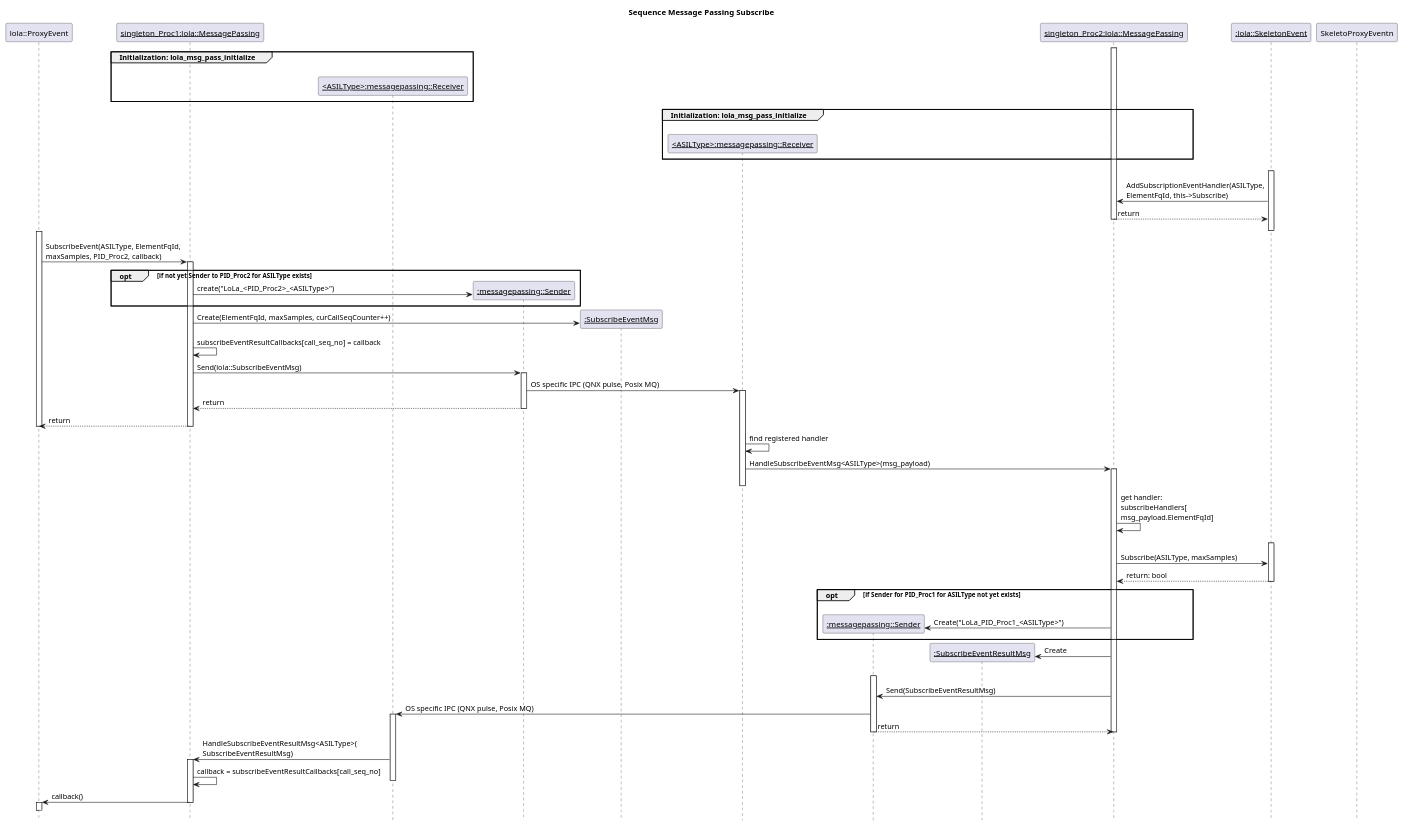
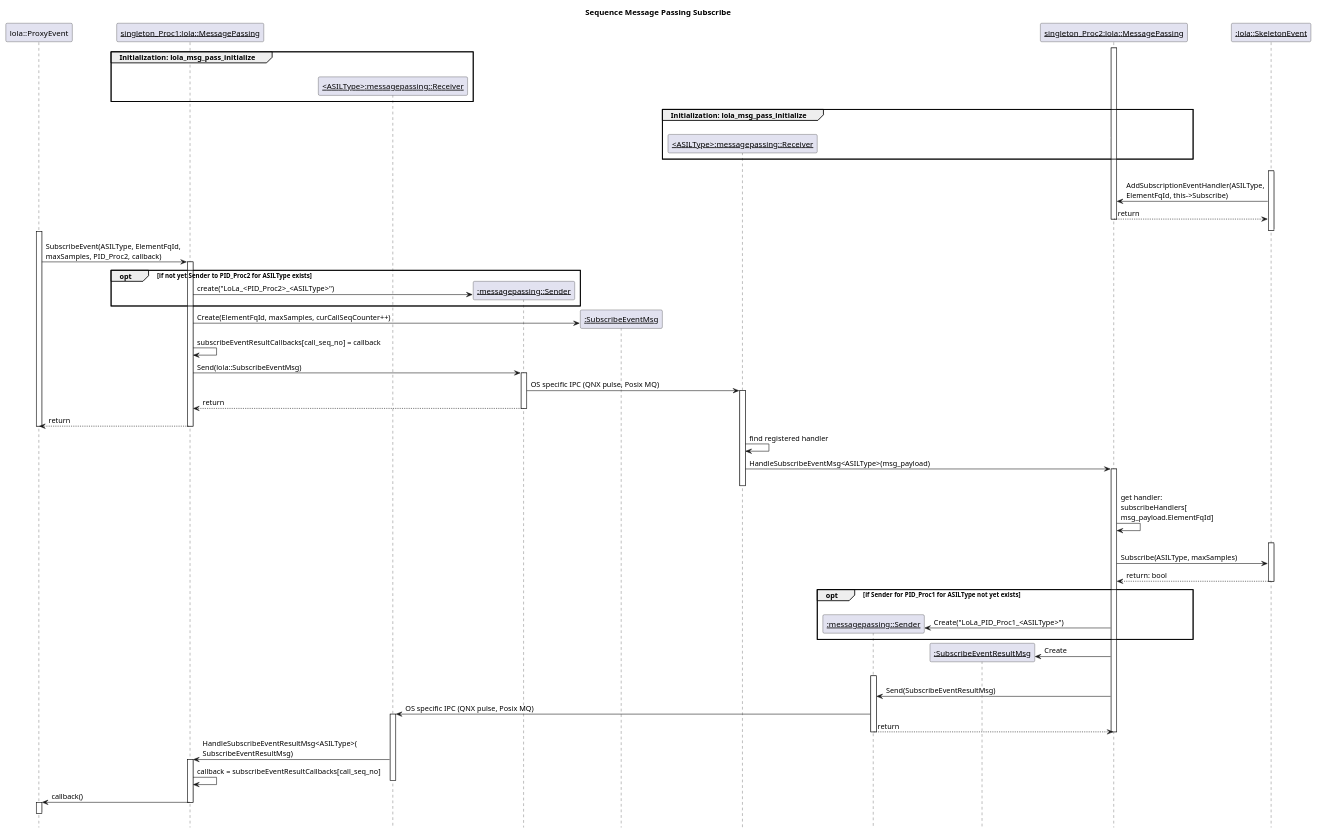
The diagram in score/mw/com/design/events_fields/lola_msg_pass_subscribe_seq.puml (eclipse-score/communication), drawn with PlantUML before and after one commit. The commit also changed 1 other file, not shown here.

```diff
--- a/score/mw/com/design/events_fields/lola_msg_pass_subscribe_seq.puml
+++ b/score/mw/com/design/events_fields/lola_msg_pass_subscribe_seq.puml
@@ -1,100 +1,100 @@
 @startuml lola_msg_pass_subscribe_seq
 title "Sequence Message Passing Subscribe"
 hide footbox
 
 participant "lola::ProxyEvent" as ProxyEvent
 participant "<u>singleton_Proc1:lola::MessagePassing</u>" as MessagePassing1
 participant "<u><ASILType>:messagepassing::Receiver</u>" as Receiver1
 participant "<u>:messagepassing::Sender</u>" as Sender1
 participant "<u>:SubscribeEventMsg</u>" as SubscribeEventMsg
 participant "<u><ASILType>:messagepassing::Receiver</u>" as Receiver2
 participant "<u>:messagepassing::Sender</u>" as Sender2
 participant "<u>:SubscribeEventResultMsg</u>" as SubscribeEventResultMsg
 participant "<u>singleton_Proc2:lola::MessagePassing</u>" as MessagePassing2
 participant "<u>:lola::SkeletonEvent</u>" as SkeletonEvent
 
 group Initialization: lola_msg_pass_initialize
     |||
     create Receiver1
     MessagePassing1 -[#white]> Receiver1
 end
 
 group Initialization: lola_msg_pass_initialize
     |||
     create Receiver2
     MessagePassing2 -[#white]> Receiver2
 end
 
 activate MessagePassing2
 SkeletonEvent -[#white]> SkeletonEvent
 activate SkeletonEvent
 SkeletonEvent -> MessagePassing2 : AddSubscriptionEventHandler(ASILType,\nElementFqId, this->Subscribe)
 MessagePassing2 --> SkeletonEvent : return
 deactivate MessagePassing2
 SkeletonEvent -[#white]> SkeletonEvent
 deactivate SkeletonEvent
 
 activate ProxyEvent
 ProxyEvent -> MessagePassing1 : SubscribeEvent(ASILType, ElementFqId,\nmaxSamples, PID_Proc2, callback)
 activate MessagePassing1
 
 opt if not yet Sender to PID_Proc2 for ASILType exists
     create Sender1
     MessagePassing1 -> Sender1 : create("LoLa_<PID_Proc2>_<ASILType>")
 end
 
 create SubscribeEventMsg
 MessagePassing1 -> SubscribeEventMsg : Create(ElementFqId, maxSamples, curCallSeqCounter++)
 
 MessagePassing1 -> MessagePassing1 : subscribeEventResultCallbacks[call_seq_no] = callback
 MessagePassing1 -> Sender1 : Send(lola::SubscribeEventMsg)
 activate Sender1
 Sender1 -> Receiver2 : OS specific IPC (QNX pulse, Posix MQ)
 activate Receiver2
 Sender1 --> MessagePassing1 : return
 deactivate Sender1
 MessagePassing1 --> ProxyEvent : return
 deactivate MessagePassing1
 deactivate ProxyEvent
 
 Receiver2 -> Receiver2 : find registered handler
 Receiver2 -> MessagePassing2 : HandleSubscribeEventMsg<ASILType>(msg_payload)
 activate MessagePassing2
 deactivate Receiver2
 
 MessagePassing2 -> MessagePassing2 : get handler:\nsubscribeHandlers[\nmsg_payload.ElementFqId]
 SkeletonEvent -[#white]> SkeletonEvent
 activate SkeletonEvent
 MessagePassing2 -> SkeletonEvent : Subscribe(ASILType, maxSamples)
 SkeletonEvent --> MessagePassing2 : return: bool
 deactivate SkeletonEvent
 
 opt if Sender for PID_Proc1 for ASILType not yet exists
     |||
     create Sender2
     MessagePassing2 -> Sender2 : Create("LoLa_PID_Proc1_<ASILType>")
 end
 
 create SubscribeEventResultMsg
 MessagePassing2 -> SubscribeEventResultMsg : Create
 
 Sender2 -[#white]> Sender2
 activate Sender2
 MessagePassing2 -> Sender2 : Send(SubscribeEventResultMsg)
 Sender2 -> Receiver1 : OS specific IPC (QNX pulse, Posix MQ)
 activate Receiver1
 Sender2 --> MessagePassing2 : return
 deactivate Sender2
 deactivate MessagePassing2
 
 Receiver1 -> MessagePassing1 : HandleSubscribeEventResultMsg<ASILType>(\nSubscribeEventResultMsg)
 activate MessagePassing1
 MessagePassing1 -> MessagePassing1 : callback = subscribeEventResultCallbacks[call_seq_no]
 deactivate Receiver1
 MessagePassing1 -> ProxyEvent : callback()
 deactivate MessagePassing1
 activate ProxyEvent
-ProxyEvent -[#white]> SkeletoProxyEventn
+ProxyEvent -[#white]> ProxyEvent
 deactivate ProxyEvent
 
 @enduml
```
